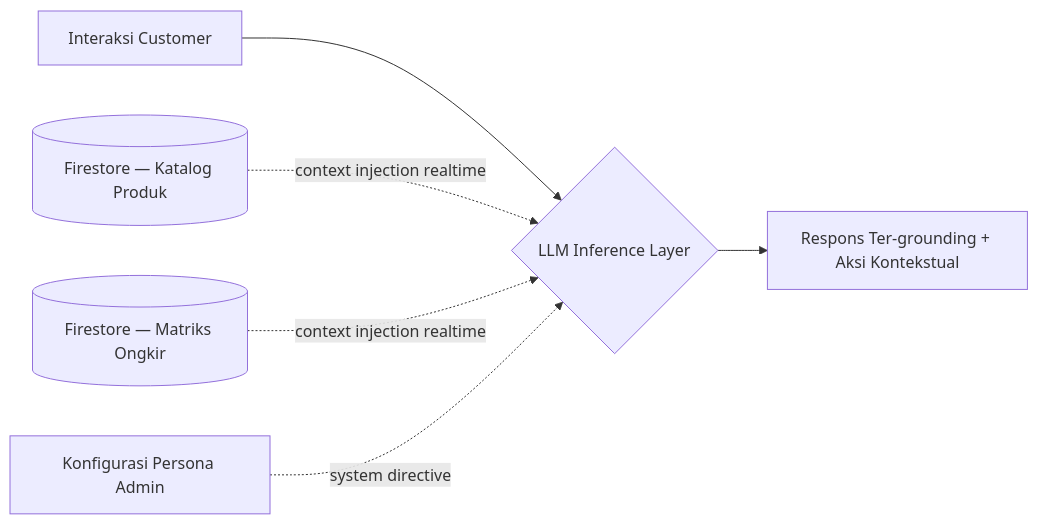
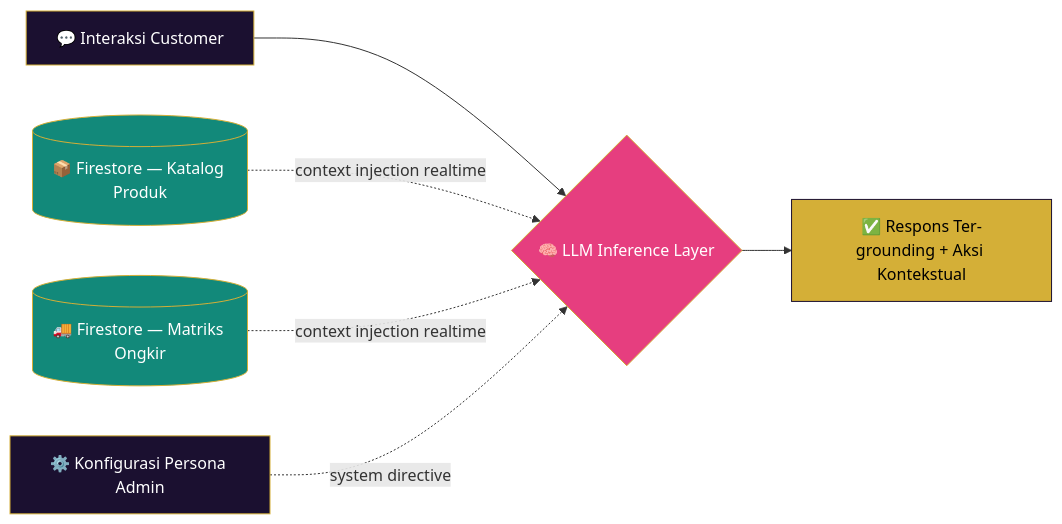
Before and after one commit to riksan762-creator/Riksan-Dropshiper: the first of 2 diagrams in README.md, drawn with Mermaid. The commit also changed other lines of this file, not shown here.

````diff
--- a/README.md
+++ b/README.md
@@ -60,8 +95,15 @@
 ```mermaid
 graph LR
-    A[Interaksi Customer] --> B{LLM Inference Layer}
-    C[(Firestore — Katalog Produk)] -.context injection realtime.-> B
-    D[(Firestore — Matriks Ongkir)] -.context injection realtime.-> B
-    E[Konfigurasi Persona Admin] -.system directive.-> B
-    B --> F[Respons Ter-grounding + Aksi Kontekstual]
+    A[💬 Interaksi Customer] --> B{🧠 LLM Inference Layer}
+    C[(📦 Firestore — Katalog Produk)] -.context injection realtime.-> B
+    D[(🚚 Firestore — Matriks Ongkir)] -.context injection realtime.-> B
+    E[⚙️ Konfigurasi Persona Admin] -.system directive.-> B
+    B --> F[✅ Respons Ter-grounding + Aksi Kontekstual]
+
+    style A fill:#1B1030,stroke:#D4AF37,color:#fff
+    style B fill:#E63E7F,stroke:#D4AF37,color:#fff
+    style C fill:#12897A,stroke:#D4AF37,color:#fff
+    style D fill:#12897A,stroke:#D4AF37,color:#fff
+    style E fill:#1B1030,stroke:#D4AF37,color:#fff
+    style F fill:#D4AF37,stroke:#1B1030,color:#000
 ```
````
